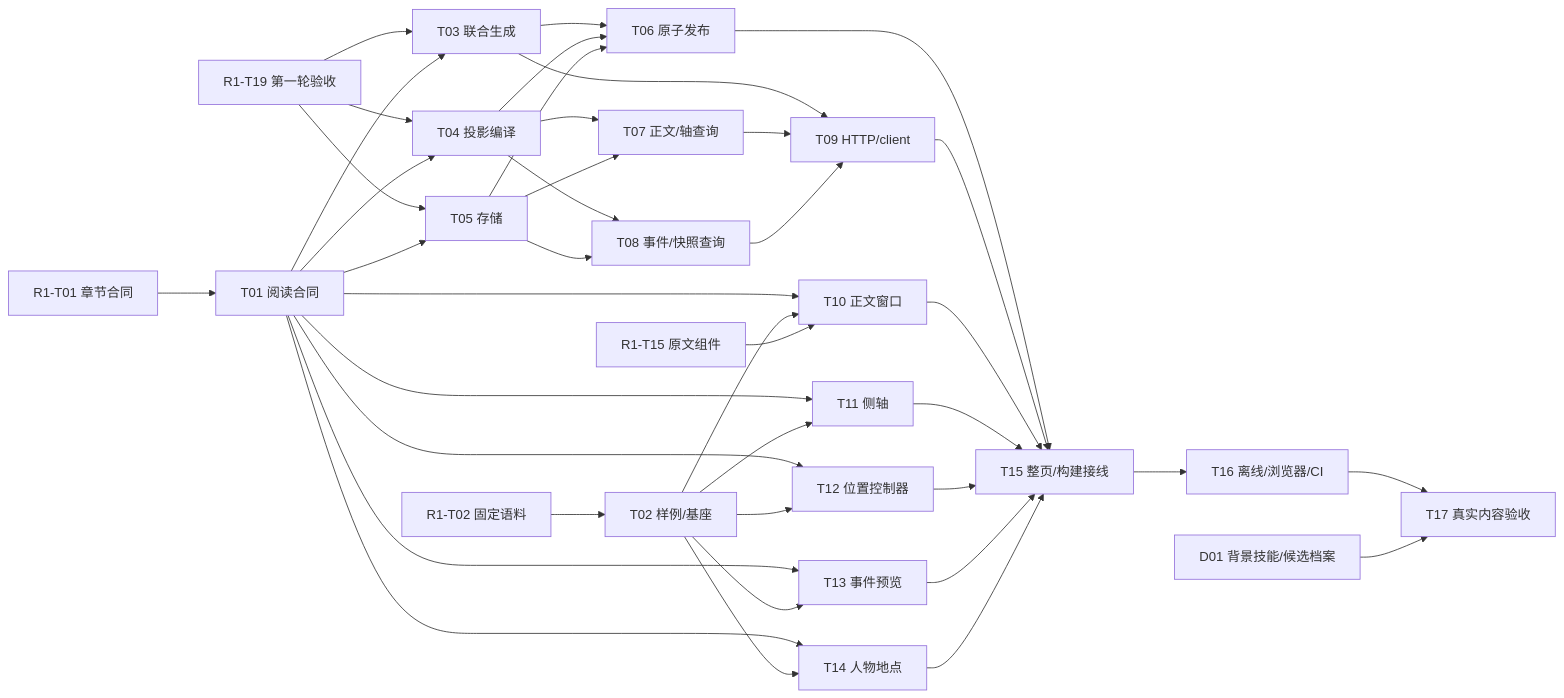
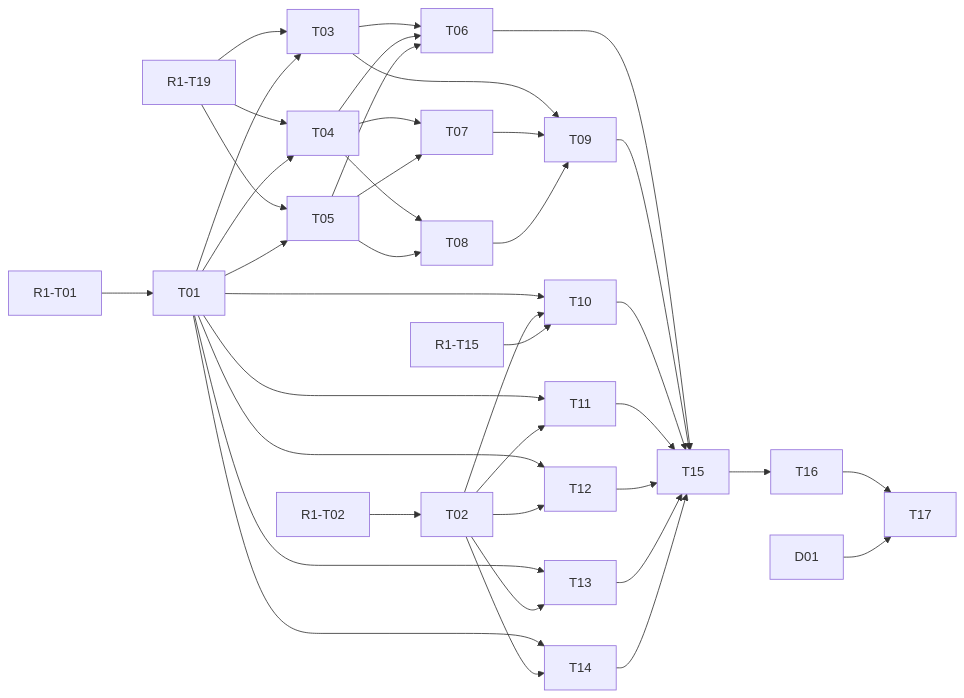
The diagram in docs/tasks/chronicle/second-round/README.md (6spot/Loom), drawn with Mermaid before and after one commit. The commit also changed other lines of this file, not shown here.

````diff
--- a/docs/tasks/chronicle/second-round/README.md
+++ b/docs/tasks/chronicle/second-round/README.md
@@ -57,42 +59,42 @@
 ```mermaid
 flowchart LR
-  R101["R1-T01 章节合同"] --> T01["T01 阅读合同"]
-  R102["R1-T02 固定语料"] --> T02["T02 样例/基座"]
-  R119["R1-T19 第一轮验收"] --> T03["T03 联合生成"]
-  R119 --> T04["T04 投影编译"]
-  R119 --> T05["T05 存储"]
+  R101["R1-T01"] --> T01
+  R102["R1-T02"] --> T02
+  R119["R1-T19"] --> T03
+  R119 --> T04
+  R119 --> T05
   T01 --> T03
   T01 --> T04
   T01 --> T05
-  T03 --> T06["T06 原子发布"]
+  T03 --> T06
   T04 --> T06
   T05 --> T06
-  T04 --> T07["T07 正文/轴查询"]
+  T04 --> T07
   T05 --> T07
-  T04 --> T08["T08 事件/快照查询"]
+  T04 --> T08
   T05 --> T08
-  T03 --> T09["T09 HTTP/client"]
+  T03 --> T09
   T07 --> T09
   T08 --> T09
-  T01 --> T10["T10 正文窗口"]
+  T01 --> T10
   T02 --> T10
-  R115["R1-T15 原文组件"] --> T10
-  T01 --> T11["T11 侧轴"]
+  R115["R1-T15"] --> T10
+  T01 --> T11
   T02 --> T11
-  T01 --> T12["T12 位置控制器"]
+  T01 --> T12
   T02 --> T12
-  T01 --> T13["T13 事件预览"]
+  T01 --> T13
   T02 --> T13
-  T01 --> T14["T14 人物地点"]
+  T01 --> T14
   T02 --> T14
-  T06 --> T15["T15 整页/构建接线"]
+  T06 --> T15
   T09 --> T15
   T10 --> T15
   T11 --> T15
   T12 --> T15
   T13 --> T15
   T14 --> T15
-  T15 --> T16["T16 离线/浏览器/CI"]
-  T16 --> T17["T17 真实内容验收"]
-  D01["D01 背景技能/候选档案"] --> T17
+  T15 --> T16
+  T16 --> T17
+  D01 --> T17
 ```
````
